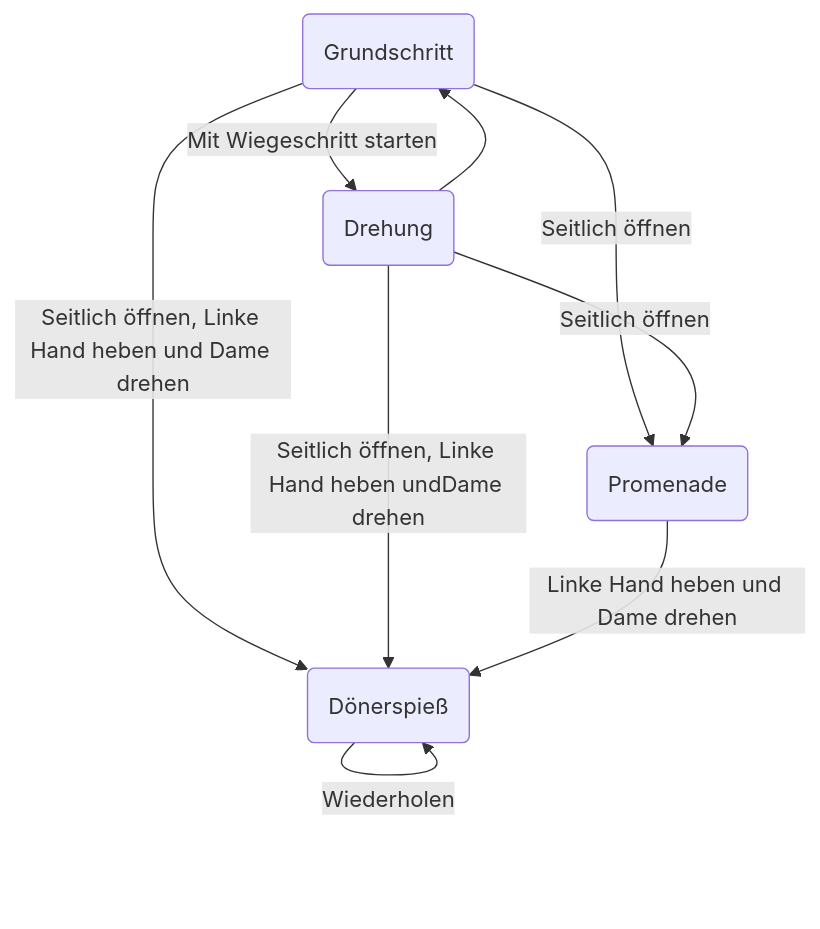
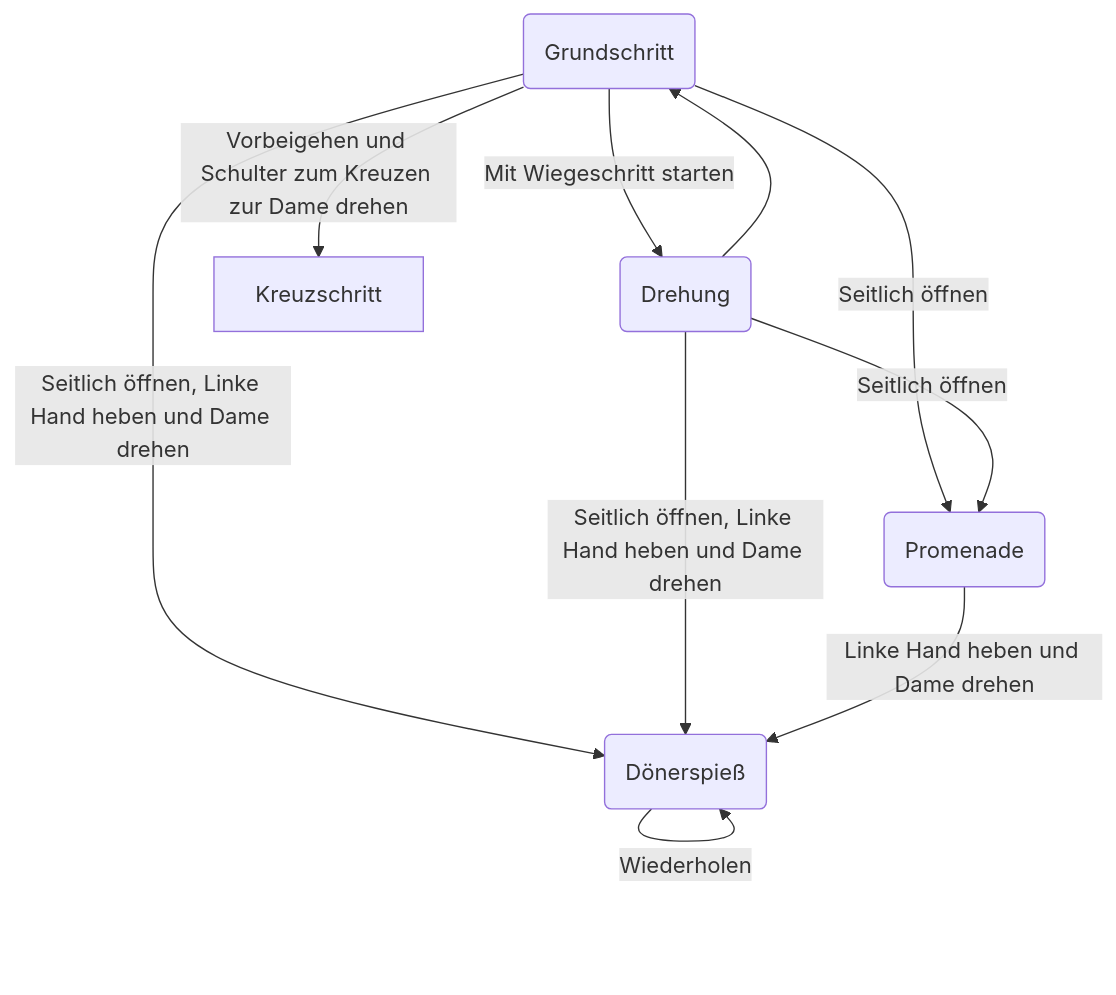
The diagram in foxtrott/de.md (lloeffler/dances-and-figures), drawn with Mermaid before and after one commit. The commit also changed 2 other files, not shown here.

Commit message:
Added figures

````diff
--- a/foxtrott/de.md
+++ b/foxtrott/de.md
@@ -11,11 +11,12 @@
 ```mermaid
 flowchart TD;
     Grundschritt(Grundschritt) -->|Mit Wiegeschritt  starten| Drehung(Drehung);
     Drehung --> Grundschritt;
     Grundschritt -->|Seitlich öffnen| Promenade(Promenade);
     Drehung -->|Seitlich öffnen| Promenade;
     Grundschritt -->|Seitlich öffnen, Linke Hand heben und Dame drehen| DoenerSpiess(Dönerspieß);
-    Drehung -->|Seitlich öffnen, Linke Hand heben undDame drehen| DoenerSpiess;
+    Drehung -->|Seitlich öffnen, Linke Hand heben und Dame drehen| DoenerSpiess;
     Promenade -->|Linke Hand heben und Dame drehen| DoenerSpiess;
     DoenerSpiess -->|Wiederholen| DoenerSpiess;
+    Grundschritt -->|Vorbeigehen und Schulter zum Kreuzen zur Dame drehen| Kreuzschritt;
 ```
````
